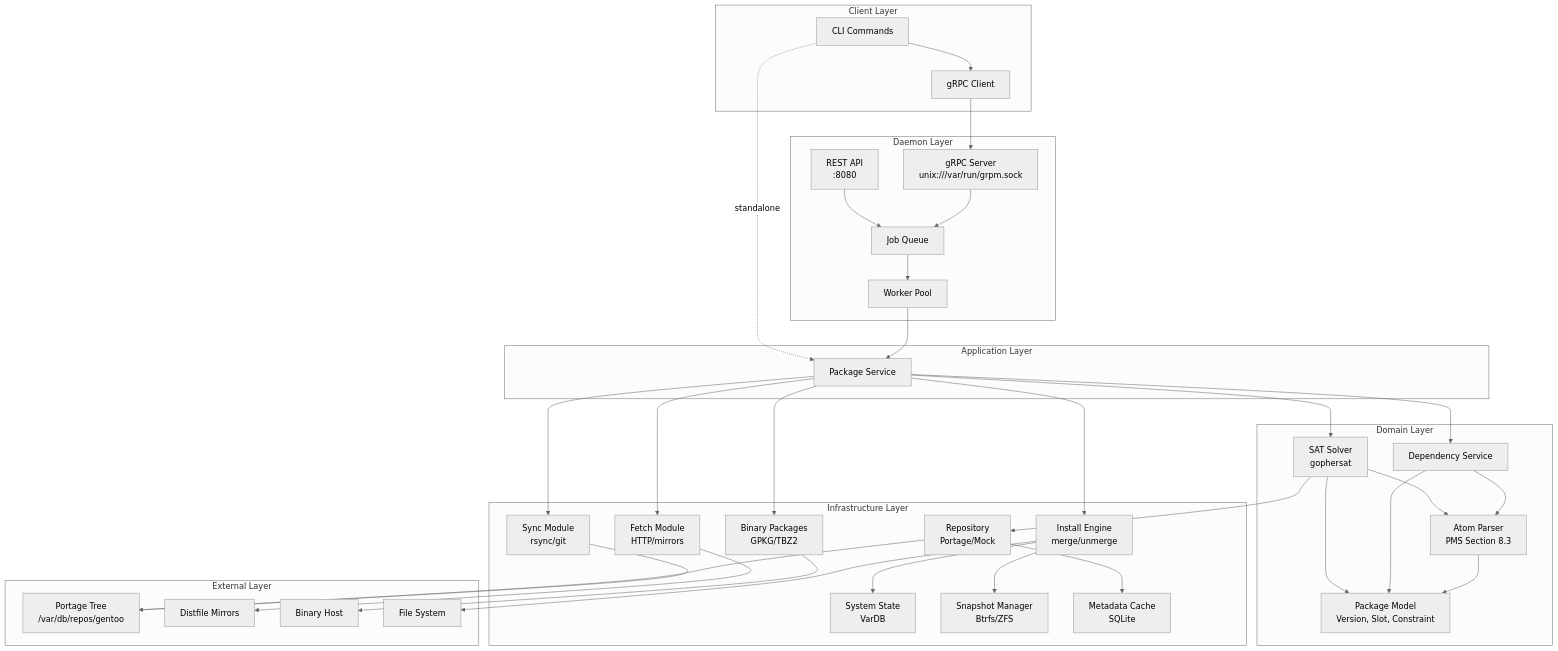
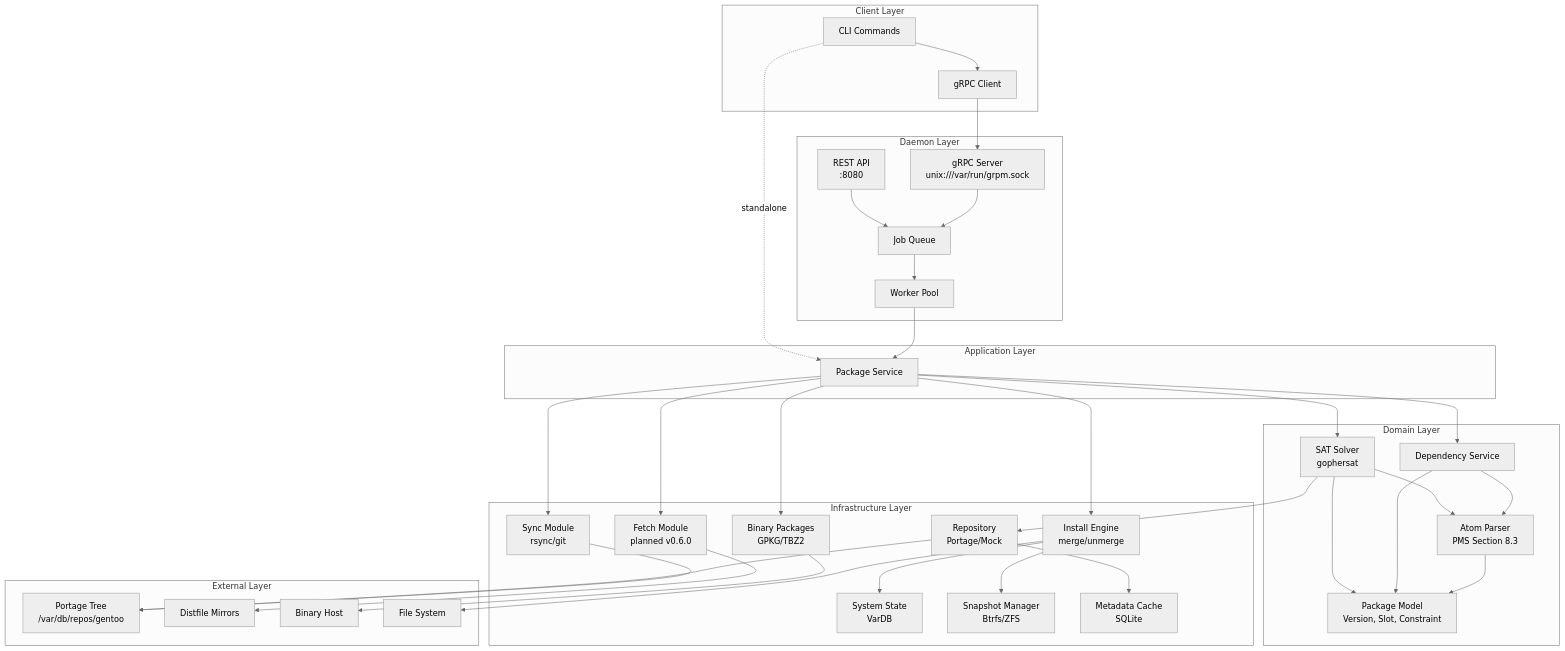
One commit to grpmsoft/grpm changed the diagram in docs/ARCHITECTURE.md. Above: the diagram before and after it, drawn with Mermaid (neutral theme). The commit also changed other lines of this file and 4 other files, not shown here.

````diff
--- a/docs/ARCHITECTURE.md
+++ b/docs/ARCHITECTURE.md
@@ -5,77 +5,77 @@
 ```mermaid
 flowchart TB
     subgraph Client["Client Layer"]
         CLI[CLI Commands]
         GRPC_CLIENT[gRPC Client]
     end
 
     subgraph Daemon["Daemon Layer"]
         GRPC_SERVER[gRPC Server<br/>unix:///var/run/grpm.sock]
         REST_API[REST API<br/>:8080]
         JOB_QUEUE[Job Queue]
         WORKERS[Worker Pool]
     end
 
     subgraph Application["Application Layer"]
         PKG_SERVICE[Package Service]
     end
 
     subgraph Domain["Domain Layer"]
         SOLVER[SAT Solver<br/>gophersat]
         PKG[Package Model<br/>Version, Slot, Constraint]
         ATOM[Atom Parser<br/>PMS Section 8.3]
         DEP_SERVICE[Dependency Service]
     end
 
     subgraph Infrastructure["Infrastructure Layer"]
         REPO[Repository<br/>Portage/Mock]
         SYNC[Sync Module<br/>rsync/git]
-        FETCH[Fetch Module<br/>HTTP/mirrors]
+        FETCH[Fetch Module<br/>planned v0.6.0]
         INSTALL[Install Engine<br/>merge/unmerge]
         BINPKG[Binary Packages<br/>GPKG/TBZ2]
         STATE[System State<br/>VarDB]
         SNAPSHOT[Snapshot Manager<br/>Btrfs/ZFS]
         CACHE[Metadata Cache<br/>SQLite]
     end
 
     subgraph External["External Layer"]
         PORTAGE_TREE[Portage Tree<br/>/var/db/repos/gentoo]
         MIRRORS[Distfile Mirrors]
         BINHOST[Binary Host]
         FS[File System]
     end
 
     CLI --> GRPC_CLIENT
     CLI -.->|standalone| PKG_SERVICE
     GRPC_CLIENT --> GRPC_SERVER
     REST_API --> JOB_QUEUE
     GRPC_SERVER --> JOB_QUEUE
     JOB_QUEUE --> WORKERS
     WORKERS --> PKG_SERVICE
 
     PKG_SERVICE --> SOLVER
     PKG_SERVICE --> DEP_SERVICE
     SOLVER --> PKG
     SOLVER --> ATOM
     DEP_SERVICE --> PKG
     DEP_SERVICE --> ATOM
     ATOM --> PKG
 
     SOLVER --> REPO
     REPO --> CACHE
     REPO --> PORTAGE_TREE
 
     PKG_SERVICE --> SYNC
     SYNC --> PORTAGE_TREE
 
     PKG_SERVICE --> FETCH
     FETCH --> MIRRORS
 
     PKG_SERVICE --> INSTALL
     INSTALL --> STATE
     INSTALL --> SNAPSHOT
     INSTALL --> FS
 
     PKG_SERVICE --> BINPKG
     BINPKG --> BINHOST
 ```
````
